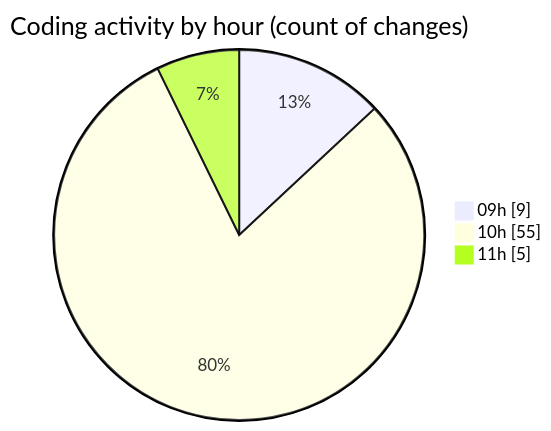
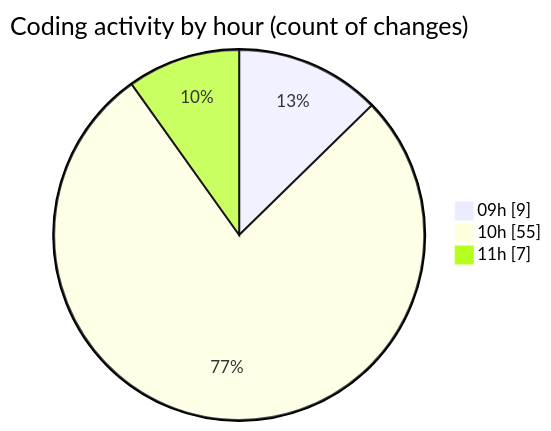
Before and after one commit to robertbonfada/code-tracking: the second of 2 diagrams in 2025-03-04/termonied_testador/README.md, drawn with Mermaid. The commit also changed other lines of this file and 1 other file, not shown here.

````diff
--- a/2025-03-04/termonied_testador/README.md
+++ b/2025-03-04/termonied_testador/README.md
@@ -37,7 +37,7 @@
 ```mermaid
 pie showData
 title Coding activity by hour (count of changes)
 "09h" : 9
 "10h" : 55
-"11h" : 5
+"11h" : 7
 ```
````
